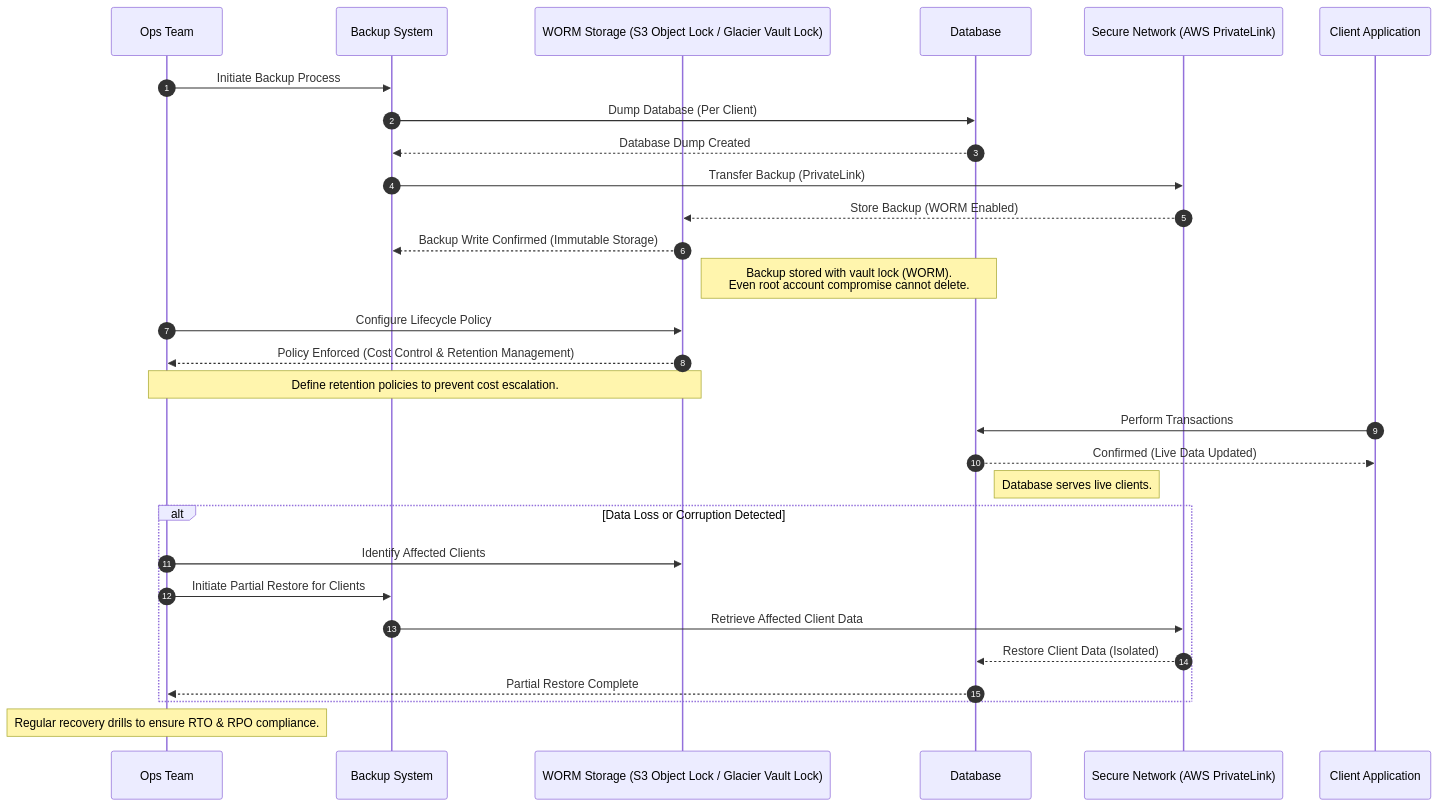
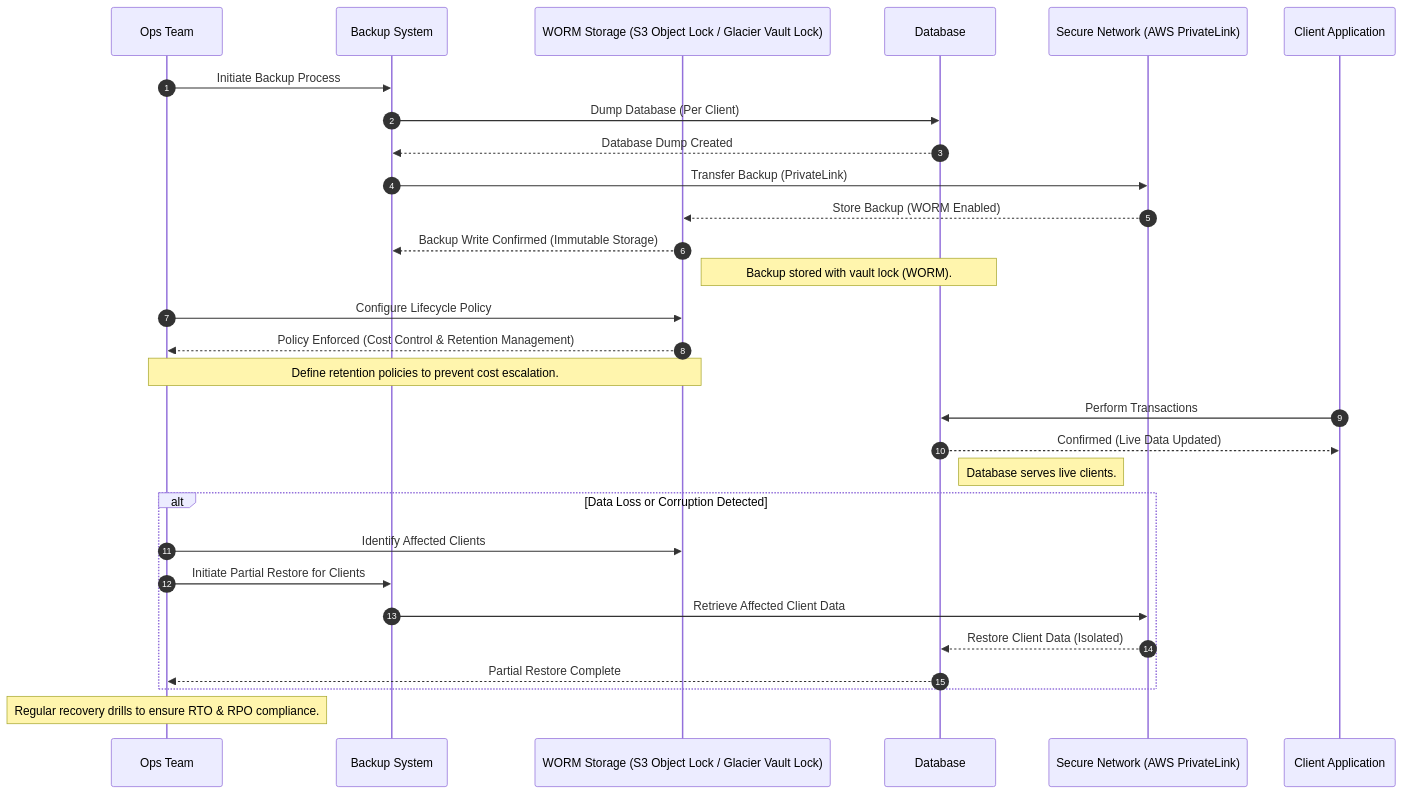
One commit to pampatzoglou/articles changed the second of 2 diagrams in db.md. Above: the diagram before and after it, drawn with Mermaid. The commit also changed other lines of this file, not shown here.

````diff
--- a/db.md
+++ b/db.md
@@ -525,41 +529,41 @@
 ```mermaid
 sequenceDiagram
     autonumber
     participant Ops as Ops Team
     participant BackupSys as Backup System
     participant WORM as WORM Storage (S3 Object Lock / Glacier Vault Lock)
     participant DB as Database
     participant Network as Secure Network (AWS PrivateLink)
     participant Client as Client Application
 
     Ops->>BackupSys: Initiate Backup Process
     BackupSys->>DB: Dump Database (Per Client)
     DB-->>BackupSys: Database Dump Created
     BackupSys->>Network: Transfer Backup (PrivateLink)
     Network-->>WORM: Store Backup (WORM Enabled)
     WORM-->>BackupSys: Backup Write Confirmed (Immutable Storage)
 
-    Note right of WORM: Backup stored with vault lock (WORM). <br>Even root account compromise cannot delete.
+    Note right of WORM: Backup stored with vault lock (WORM).
 
     Ops->>WORM: Configure Lifecycle Policy
     WORM-->>Ops: Policy Enforced (Cost Control & Retention Management)
 
     Note over Ops, WORM: Define retention policies to prevent cost escalation.
 
     Client->>DB: Perform Transactions
     DB-->>Client: Confirmed (Live Data Updated)
 
     Note right of DB: Database serves live clients.
 
     alt Data Loss or Corruption Detected
         Ops->>WORM: Identify Affected Clients
         Ops->>BackupSys: Initiate Partial Restore for Clients
         BackupSys->>Network: Retrieve Affected Client Data
         Network-->>DB: Restore Client Data (Isolated)
         DB-->>Ops: Partial Restore Complete
     end
 
     Note over Ops: Regular recovery drills to ensure RTO & RPO compliance.
 
 
 ```
````
